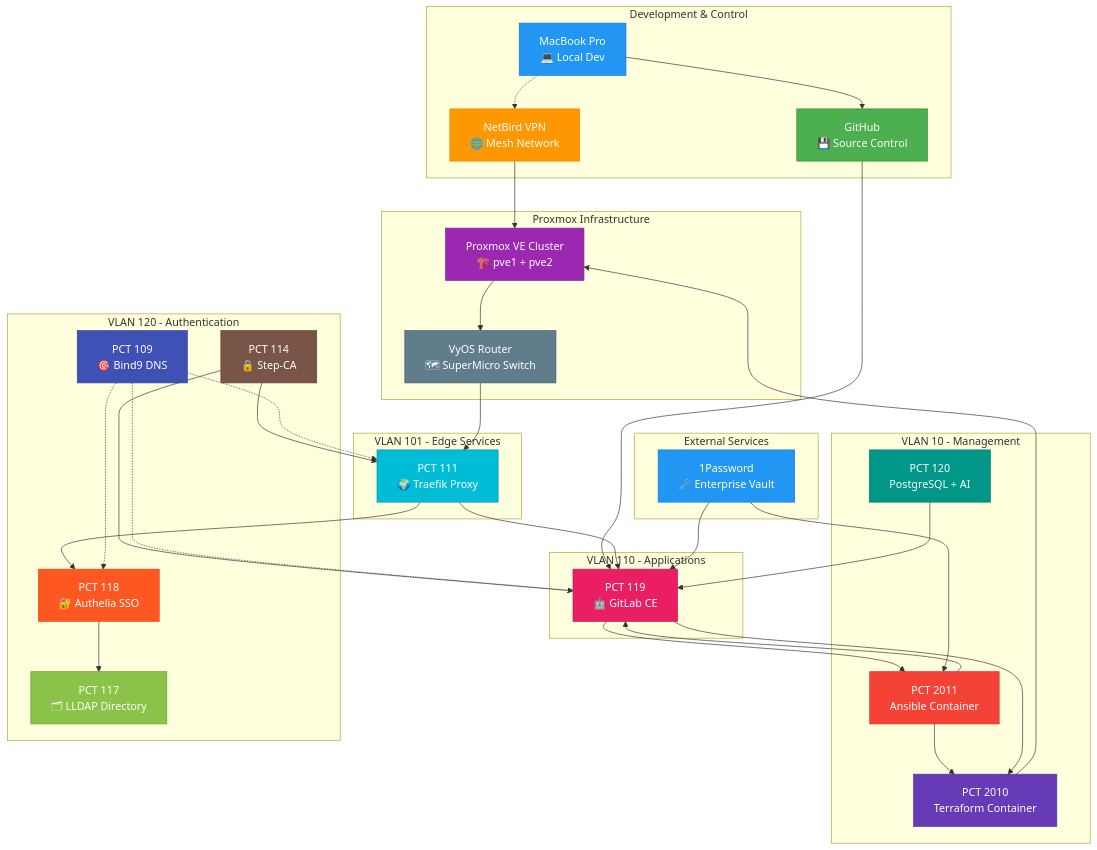
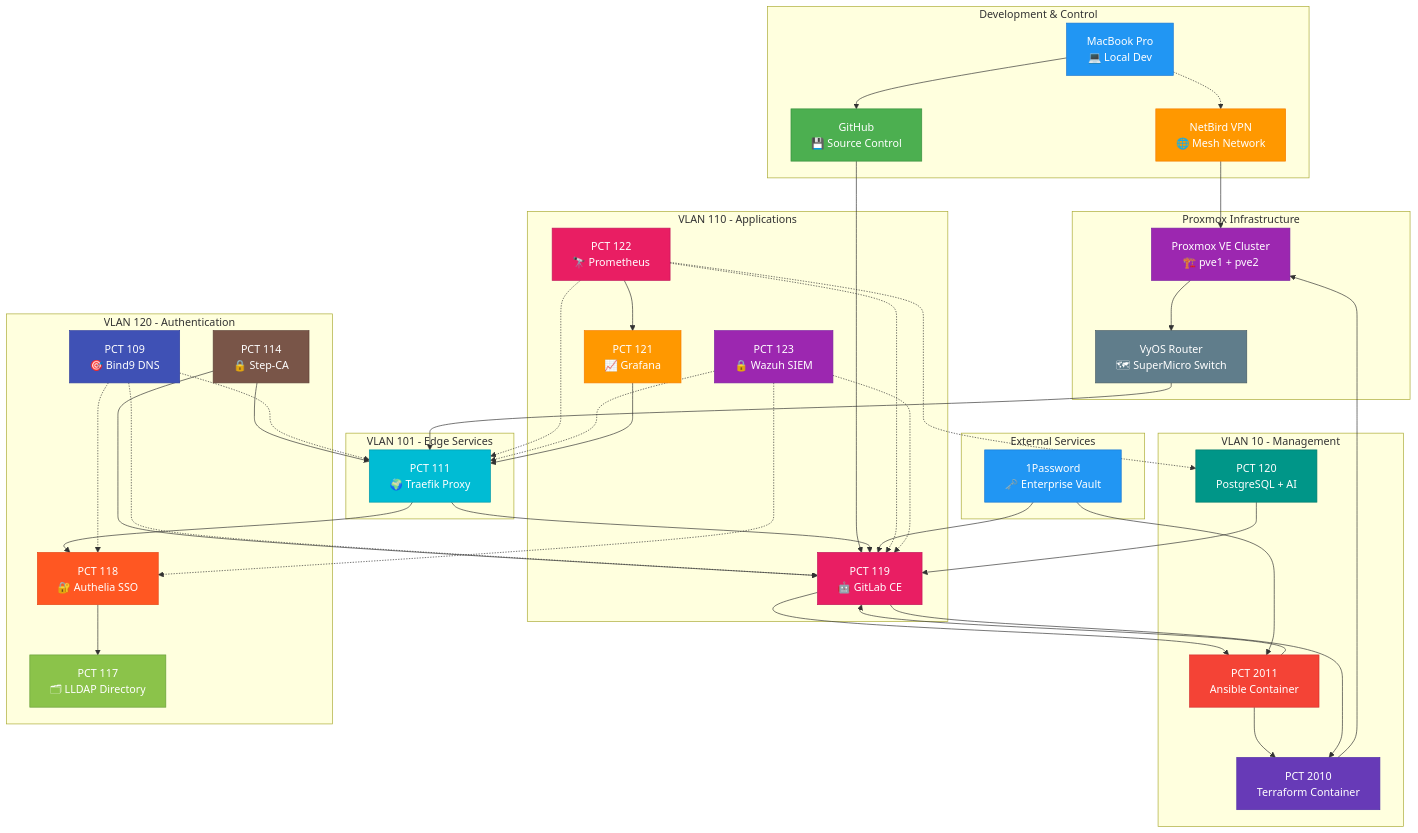
One commit to cgroovertech/groover.life changed the first of 3 diagrams in README.md. Above: the diagram before and after it, drawn with Mermaid. The commit also changed other lines of this file and 1 other file, not shown here.

````diff
--- a/README.md
+++ b/README.md
@@ -42,6 +42,9 @@
     
     subgraph "VLAN 110 - Applications"
         GitLab["PCT 119<br/>🤖 GitLab CE"]
+        Grafana["PCT 121<br/>📈 Grafana"]
+        Prometheus["PCT 122<br/>🔭 Prometheus"]
+        Wazuh["PCT 123<br/>🔒 Wazuh SIEM"]
     end
     
     subgraph "VLAN 120 - Authentication"
@@ -81,6 +84,15 @@
     OnePass --> Ansible
     Postgres --> GitLab
     
+    Prometheus --> Grafana
+    Prometheus -.-> Traefik
+    Prometheus -.-> GitLab
+    Prometheus -.-> Postgres
+    Wazuh -.-> Traefik
+    Wazuh -.-> GitLab
+    Wazuh -.-> Authelia
+    Grafana --> Traefik
+    
     style Mac fill:#2196f3,stroke:#1976d2,color:#fff
     style Git fill:#4caf50,stroke:#388e3c,color:#fff
     style NetBird fill:#ff9800,stroke:#f57c00,color:#fff
@@ -96,4 +108,7 @@
     style Terraform fill:#673ab7,stroke:#512da8,color:#fff
     style Ansible fill:#f44336,stroke:#d32f2f,color:#fff
     style Postgres fill:#009688,stroke:#00796b,color:#fff
+    style Grafana fill:#ff9800,stroke:#f57c00,color:#fff
+    style Prometheus fill:#e91e63,stroke:#c2185b,color:#fff
+    style Wazuh fill:#9c27b0,stroke:#7b1fa2,color:#fff
 ```
````
